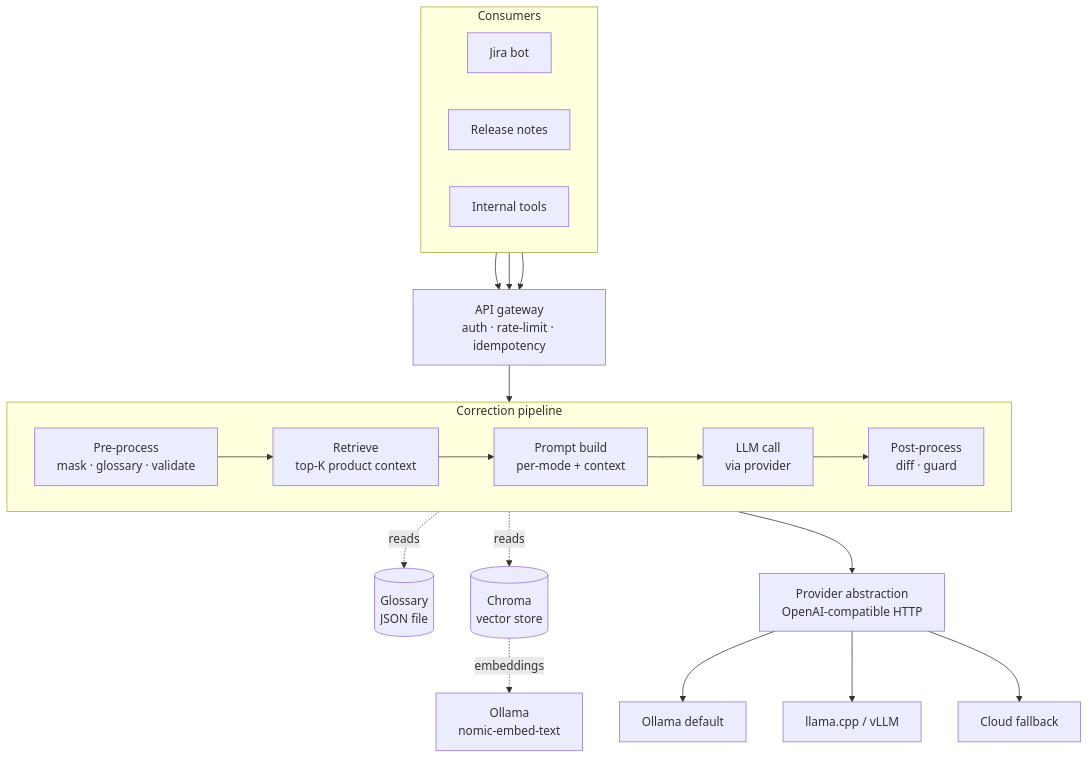
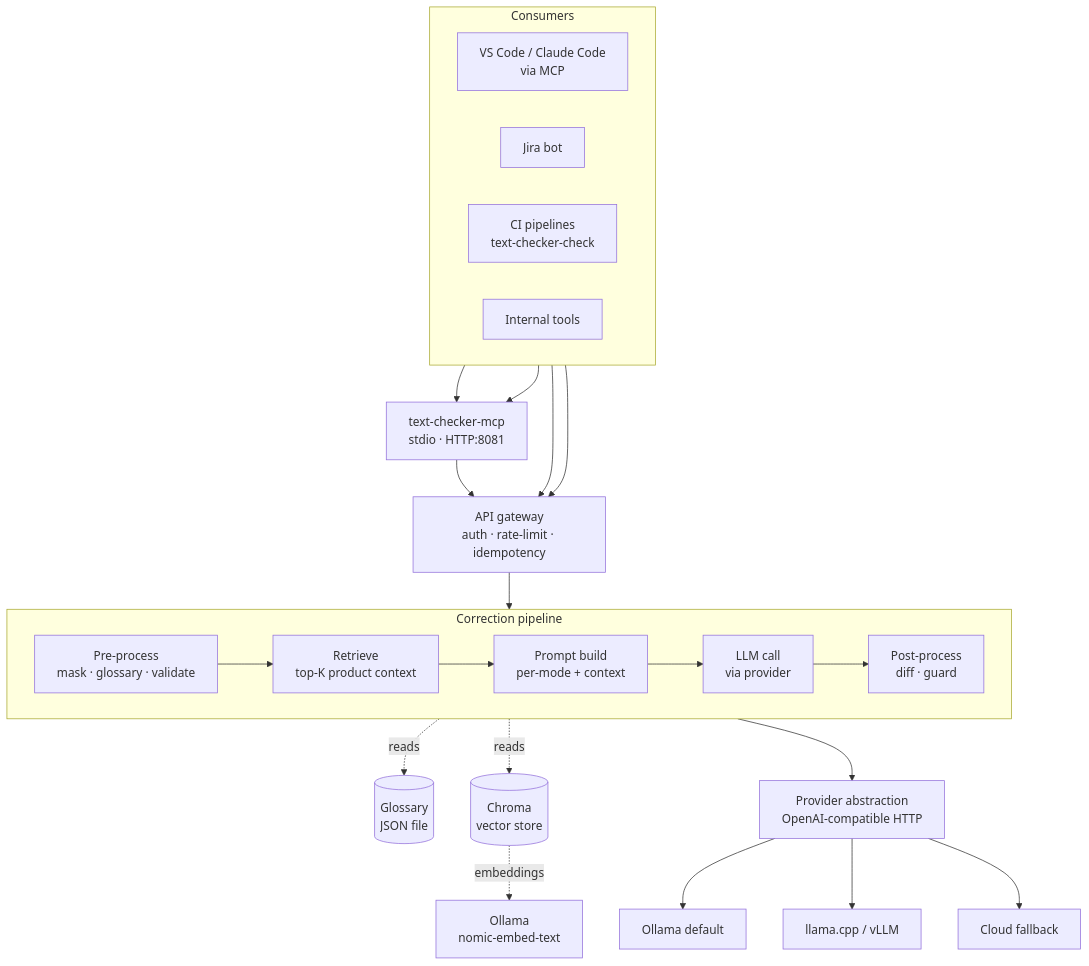
The diagram in docs/architecture.md (skyakash/text-checker), drawn with Mermaid before and after one commit. The commit also changed other lines of this file and 7 other files, not shown here.

````diff
--- a/docs/architecture.md
+++ b/docs/architecture.md
@@ -11,34 +11,37 @@
 ```mermaid
 flowchart TD
   subgraph Consumers
     direction LR
+    IDE["VS Code / Claude Code<br/>via MCP"]
     JIRA[Jira bot]
-    REL[Release notes]
+    CI["CI pipelines<br/>text-checker-check"]
     CLI[Internal tools]
   end
 
-  JIRA --> API
-  REL --> API
+  IDE --> MCP
+  JIRA --> MCP
+  MCP["text-checker-mcp<br/>stdio · HTTP:8081"] --> API
+  CI --> API
   CLI --> API
 
   API["API gateway<br/>auth · rate-limit · idempotency"]
   API --> PRE
 
   subgraph Pipeline [Correction pipeline]
     direction LR
     PRE["Pre-process<br/>mask · glossary · validate"] --> RETR["Retrieve<br/>top-K product context"]
     RETR --> PROMPT["Prompt build<br/>per-mode + context"]
     PROMPT --> LLM["LLM call<br/>via provider"]
     LLM --> POST["Post-process<br/>diff · guard"]
   end
 
   PRE -. reads .-> GLOSS[(Glossary<br/>JSON file)]
   RETR -. reads .-> RAG[(Chroma<br/>vector store)]
   RAG -. embeddings .-> EMB[Ollama<br/>nomic-embed-text]
 
   LLM --> PROV
   PROV["Provider abstraction<br/>OpenAI-compatible HTTP"]
   PROV --> OLLAMA[Ollama default]
   PROV --> LCPP[llama.cpp / vLLM]
   PROV --> CLOUD[Cloud fallback]
 ```
````
